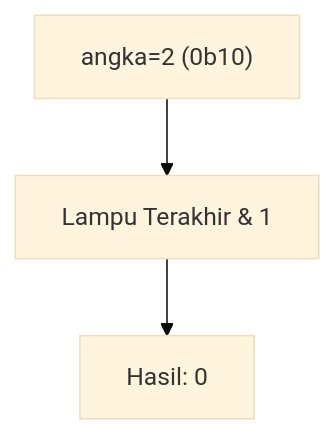
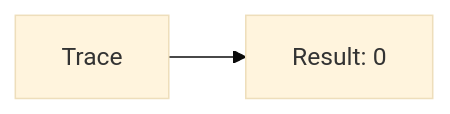
One commit to amnahwaida/OSNK_INF_PREP changed diagram 14 of 25 in part-c-pemahaman-cpp/06-bitwise/latihan/set-01.md. Above: the diagram before and after it, drawn with Mermaid (base theme). The commit also changed other lines of this file and 71 other files, not shown here.

````diff
--- a/part-c-pemahaman-cpp/06-bitwise/latihan/set-01.md
+++ b/part-c-pemahaman-cpp/06-bitwise/latihan/set-01.md
@@ -405,5 +295,4 @@
 ```mermaid
-graph TD
-A["angka=2 (0b10)"] --> B["Lampu Terakhir & 1"]
-B --> C["Hasil: 0"]
+graph LR
+A[Trace] --> B[Result: 0]
 ```
````
